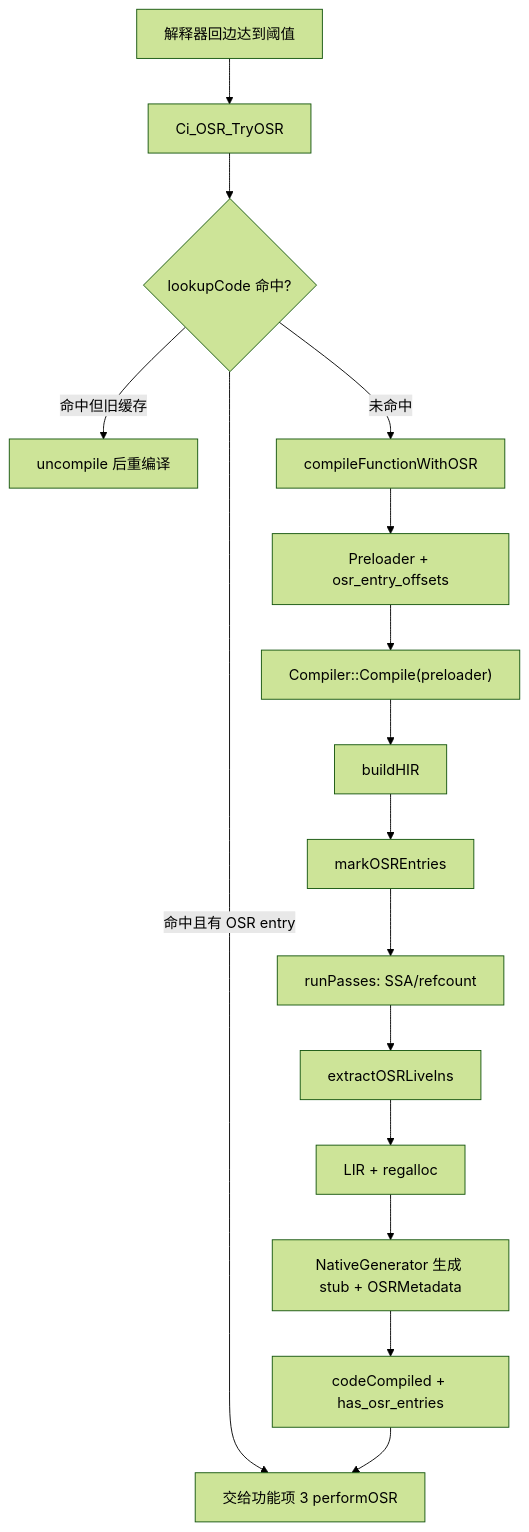
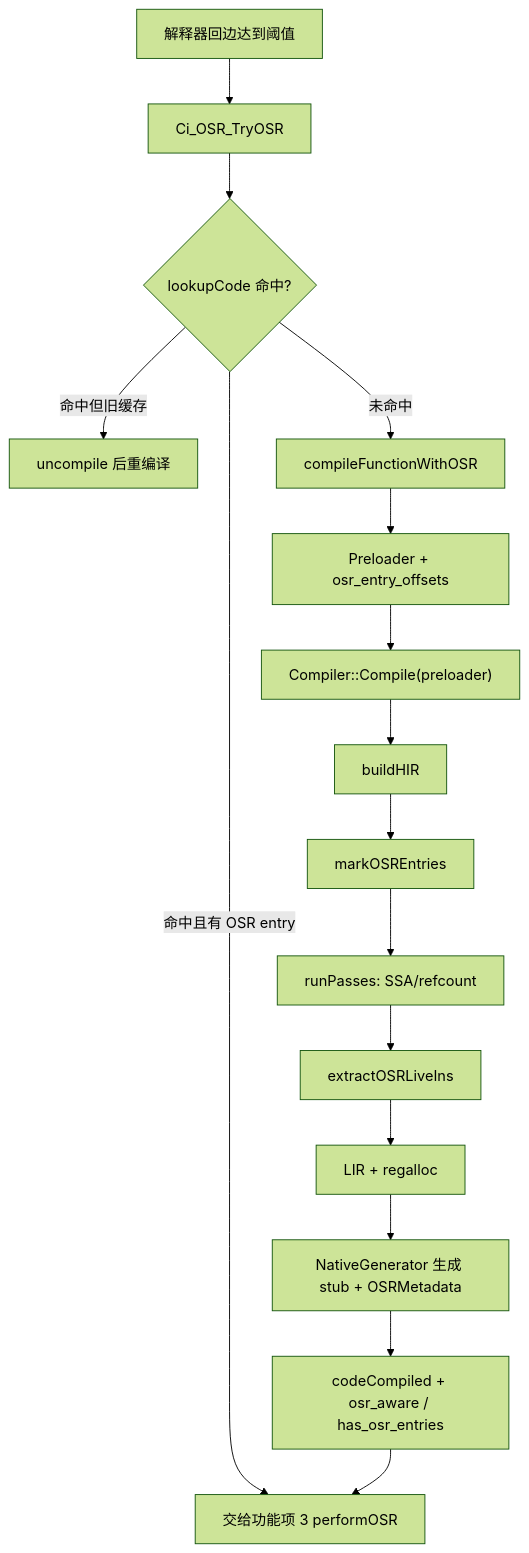
Before and after one commit to Cookie4Cat/cinderx-dev: the first of 5 diagrams in docs/design/hot-loop-osr/2026-05-21-hot-loop-osr-compile-detailed-design.md, drawn with Mermaid (forest theme). The commit also changed other lines of this file, not shown here.

First line of the commit message:
[Fix] - Address review findings in OSR compile design doc

````diff
--- a/docs/design/hot-loop-osr/2026-05-21-hot-loop-osr-compile-detailed-design.md
+++ b/docs/design/hot-loop-osr/2026-05-21-hot-loop-osr-compile-detailed-design.md
@@ -117,18 +129,18 @@
 ```mermaid
 flowchart TD
     A["解释器回边达到阈值"] --> B["Ci_OSR_TryOSR"]
     B --> C{"lookupCode 命中?"}
     C -->|"命中且有 OSR entry"| D["交给功能项 3 performOSR"]
     C -->|"命中但旧缓存"| E["uncompile 后重编译"]
     C -->|"未命中"| F["compileFunctionWithOSR"]
     F --> G["Preloader + osr_entry_offsets"]
     G --> H["Compiler::Compile(preloader)"]
     H --> I["buildHIR"]
     I --> J["markOSREntries"]
     J --> K["runPasses: SSA/refcount"]
     K --> L["extractOSRLiveIns"]
     L --> M["LIR + regalloc"]
     M --> N["NativeGenerator 生成 stub + OSRMetadata"]
-    N --> O["codeCompiled + has_osr_entries"]
+    N --> O["codeCompiled + osr_aware / has_osr_entries"]
     O --> D
 ```
````
